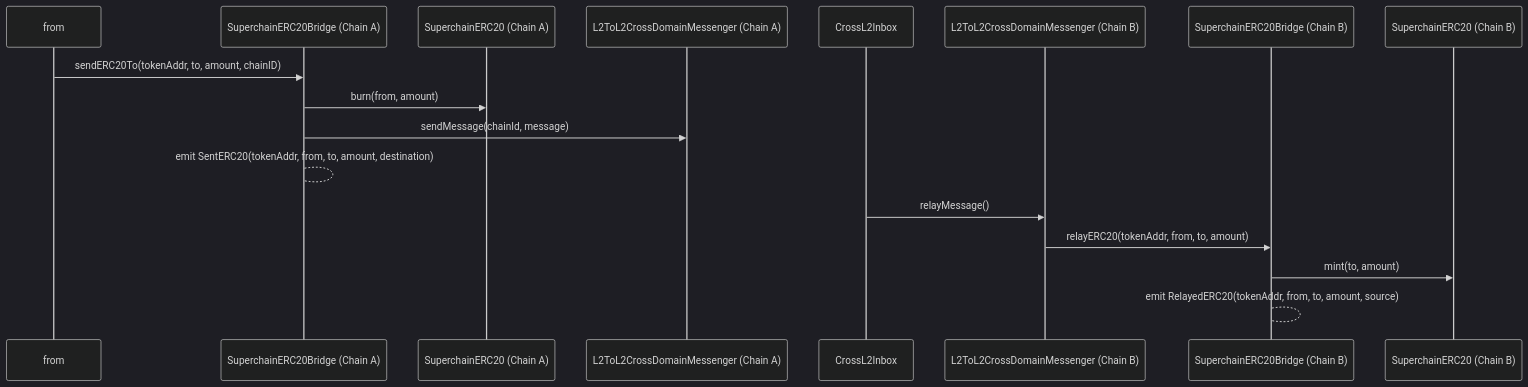
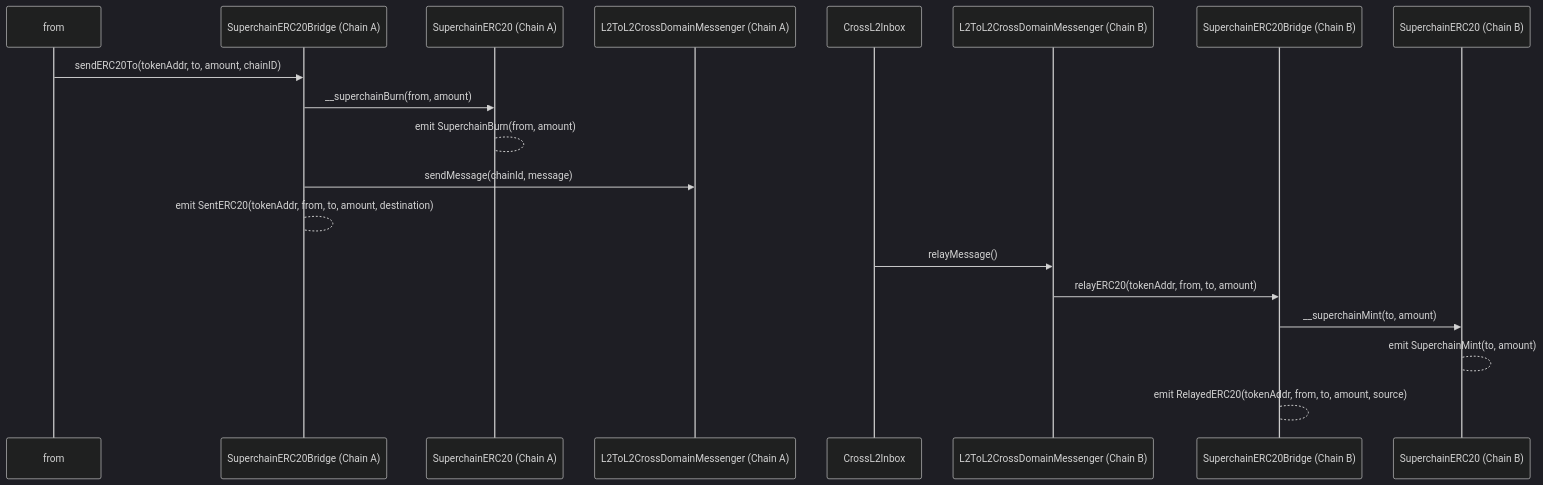
The third of 3 diagrams in specs/interop/predeploys.md (ethereum-optimism/specs), drawn with Mermaid (dark theme) before and after one commit. The commit also changed other lines of this file and 1 other file, not shown here.

````diff
--- a/specs/interop/predeploys.md
+++ b/specs/interop/predeploys.md
@@ -896,20 +906,22 @@
 ```mermaid
 sequenceDiagram
   participant from
   participant L2SBA as SuperchainERC20Bridge (Chain A)
   participant SuperERC20_A as SuperchainERC20 (Chain A)
   participant Messenger_A as L2ToL2CrossDomainMessenger (Chain A)
   participant Inbox as CrossL2Inbox
   participant Messenger_B as L2ToL2CrossDomainMessenger (Chain B)
   participant L2SBB as SuperchainERC20Bridge (Chain B)
   participant SuperERC20_B as SuperchainERC20 (Chain B)
 
   from->>L2SBA: sendERC20To(tokenAddr, to, amount, chainID)
-  L2SBA->>SuperERC20_A: burn(from, amount)
+  L2SBA->>SuperERC20_A: __superchainBurn(from, amount)
+  SuperERC20_A-->SuperERC20_A: emit SuperchainBurn(from, amount)
   L2SBA->>Messenger_A: sendMessage(chainId, message)
   L2SBA-->L2SBA: emit SentERC20(tokenAddr, from, to, amount, destination)
   Inbox->>Messenger_B: relayMessage()
   Messenger_B->>L2SBB: relayERC20(tokenAddr, from, to, amount)
-  L2SBB->>SuperERC20_B: mint(to, amount)
+  L2SBB->>SuperERC20_B: __superchainMint(to, amount)
+  SuperERC20_B-->SuperERC20_B: emit SuperchainMint(to, amount)
   L2SBB-->L2SBB: emit RelayedERC20(tokenAddr, from, to, amount, source)
 ```
````
